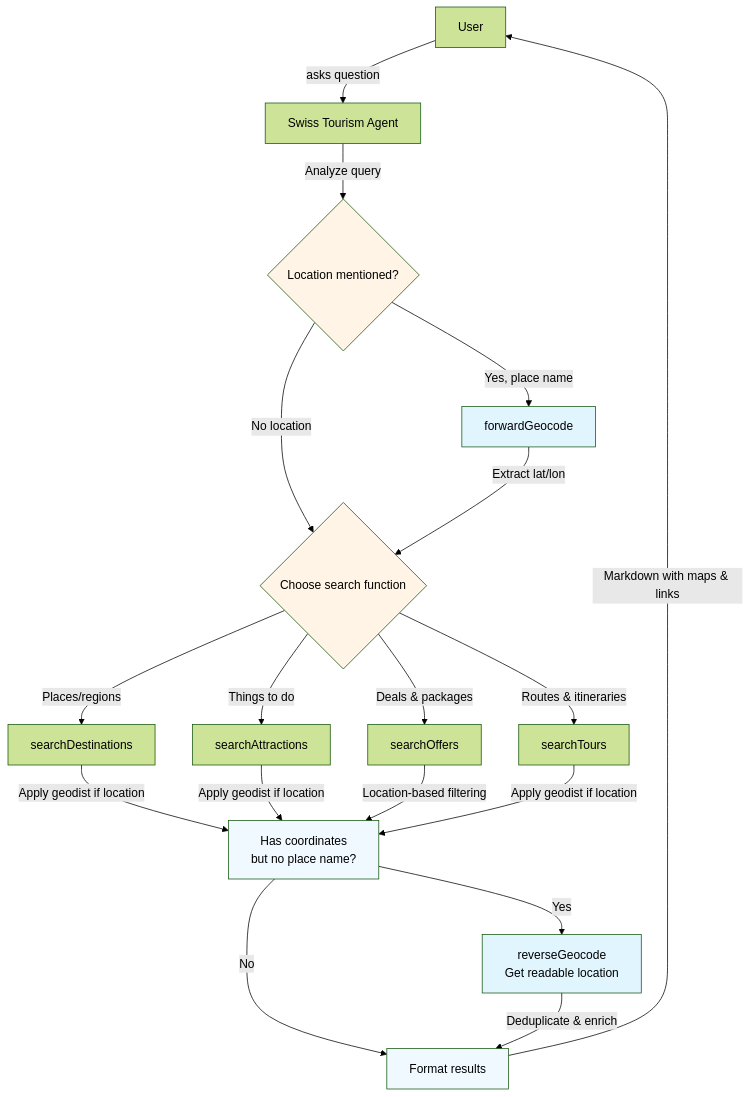
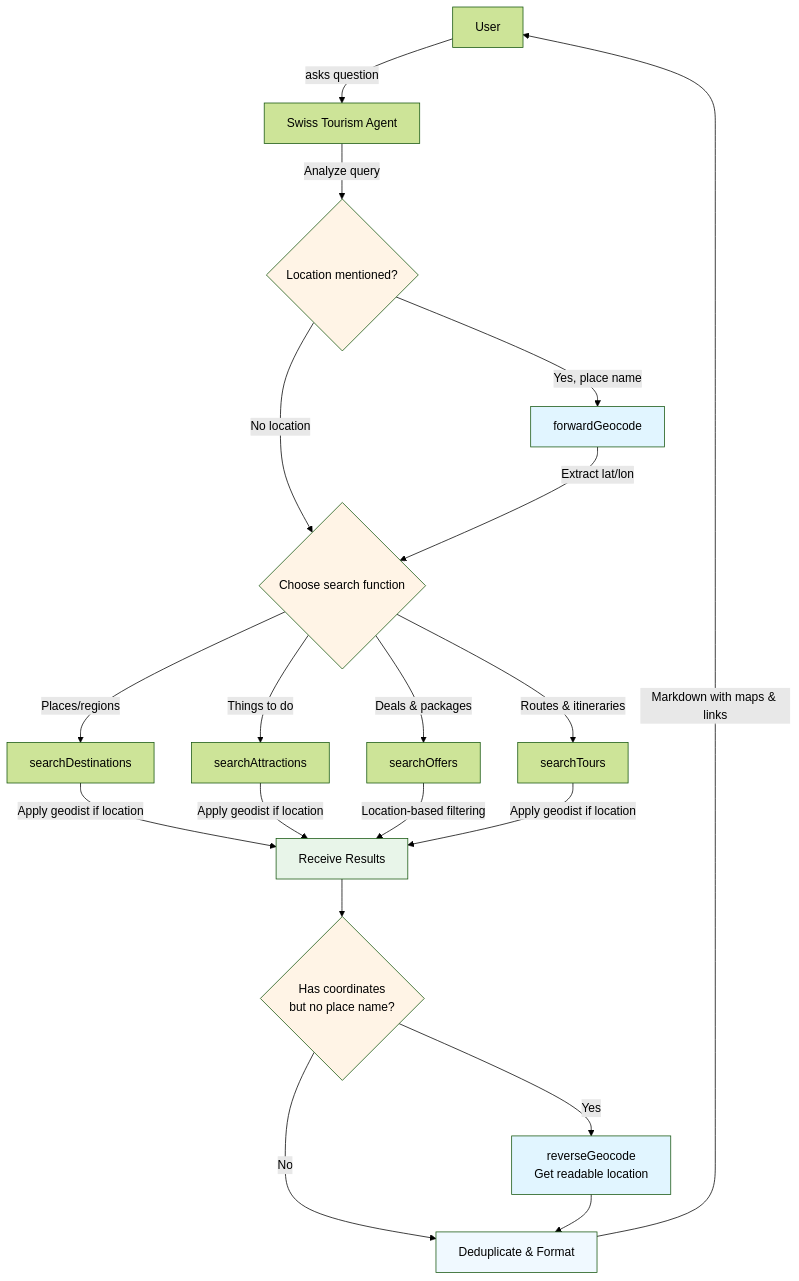
One commit to INNOQ-doc/innoq-doc changed the diagram in cookbook/swiss-tourism-agent.mdx. Above: the diagram before and after it, drawn with Mermaid (forest theme). The commit also changed other lines of this file and 1 other file, not shown here.

Commit message:
Documentation edits made through Mintlify web editor

````diff
--- a/cookbook/swiss-tourism-agent.mdx
+++ b/cookbook/swiss-tourism-agent.mdx
@@ -28,36 +30,38 @@
 ```mermaid
 flowchart TD
   U[User] -->|asks question| A[Swiss Tourism Agent]
   A -->|Analyze query| L{Location mentioned?}
   
   L -->|Yes, place name| FG[forwardGeocode]
   L -->|No location| R
   
   FG -->|Extract lat/lon| R{Choose search function}
   
   R -->|Places/regions| D[searchDestinations]
   R -->|Things to do| AT[searchAttractions]
   R -->|Deals & packages| OF[searchOffers]
   R -->|Routes & itineraries| T[searchTours]
   
-  D -->|Apply geodist if location| C[Has coordinates<br/>but no place name?]
-  AT -->|Apply geodist if location| C
-  OF -->|Location-based filtering| C
-  T -->|Apply geodist if location| C
+  D -->|Apply geodist if location| RES[Receive Results]
+  AT -->|Apply geodist if location| RES
+  OF -->|Location-based filtering| RES
+  T -->|Apply geodist if location| RES
+
+  RES --> C{Has coordinates<br/>but no place name?}
 
   C -->|Yes| RG[reverseGeocode<br/>Get readable location]
-  C -->|No| P
+  C -->|No| P[Deduplicate & Format]
   
-  RG -->|Deduplicate & enrich| P[Format results]
+  RG --> P
   P -->|Markdown with maps & links| U
   
   style FG fill:#e1f5ff
   style RG fill:#e1f5ff
   style L fill:#fff4e6
   style R fill:#fff4e6
+  style RES fill:#e8f5e9
+  style C fill:#fff4e6
   style P fill:#f0f9ff
-  style C fill:#f0f9ff
-
 
 
 ```
````
